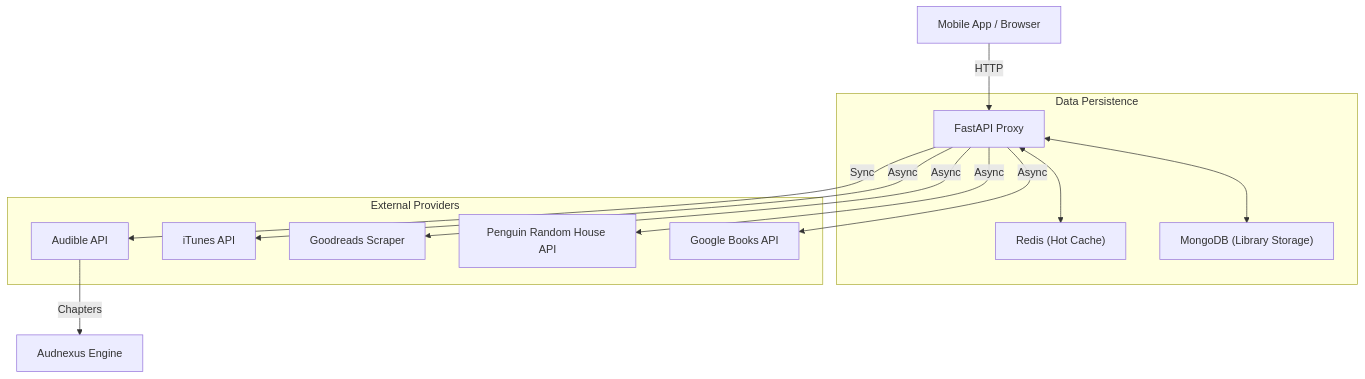
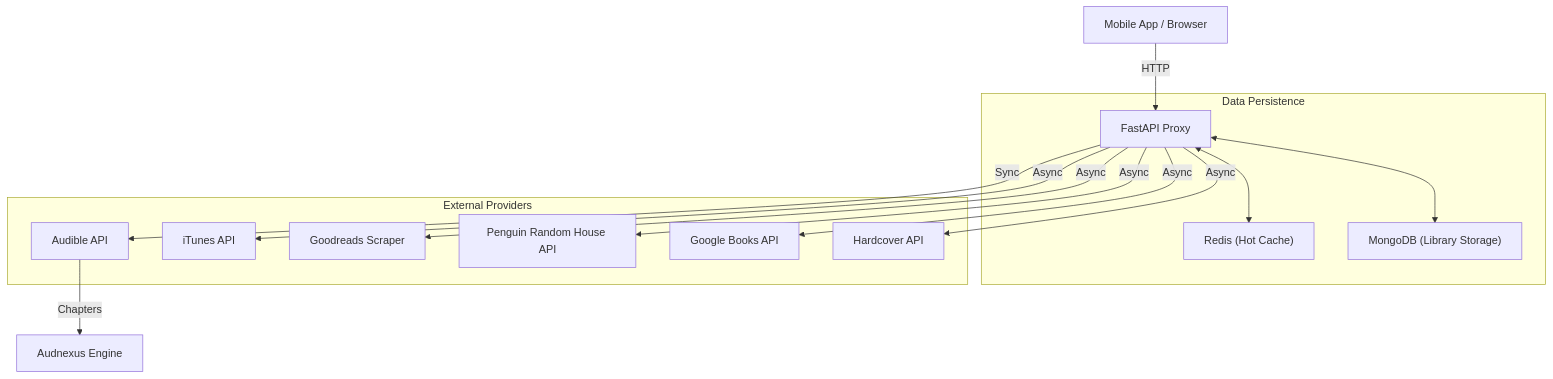
The diagram in README.md (nreexy/abackend), drawn with Mermaid before and after one commit. The commit also changed other lines of this file and 7 other files, not shown here.

````diff
--- a/README.md
+++ b/README.md
@@ -127,19 +139,20 @@
 ```mermaid
 graph TD
     Client["Mobile App / Browser"] -->|HTTP| Proxy["FastAPI Proxy"]
     
     subgraph "Data Persistence"
         Proxy <--> Redis["Redis (Hot Cache)"]
         Proxy <--> Mongo["MongoDB (Library Storage)"]
     end
     
     subgraph "External Providers"
         Proxy -->|Sync| Audible["Audible API"]
         Proxy -->|Async| iTunes["iTunes API"]
         Proxy -->|Async| Goodreads["Goodreads Scraper"]
         Proxy -->|Async| PRH["Penguin Random House API"]
         Proxy -->|Async| GoogleBooks["Google Books API"]
+        Proxy -->|Async| Hardcover["Hardcover API"] 
     end
     
     Audible -->|Chapters| Audnexus["Audnexus Engine"]
 ```
````
